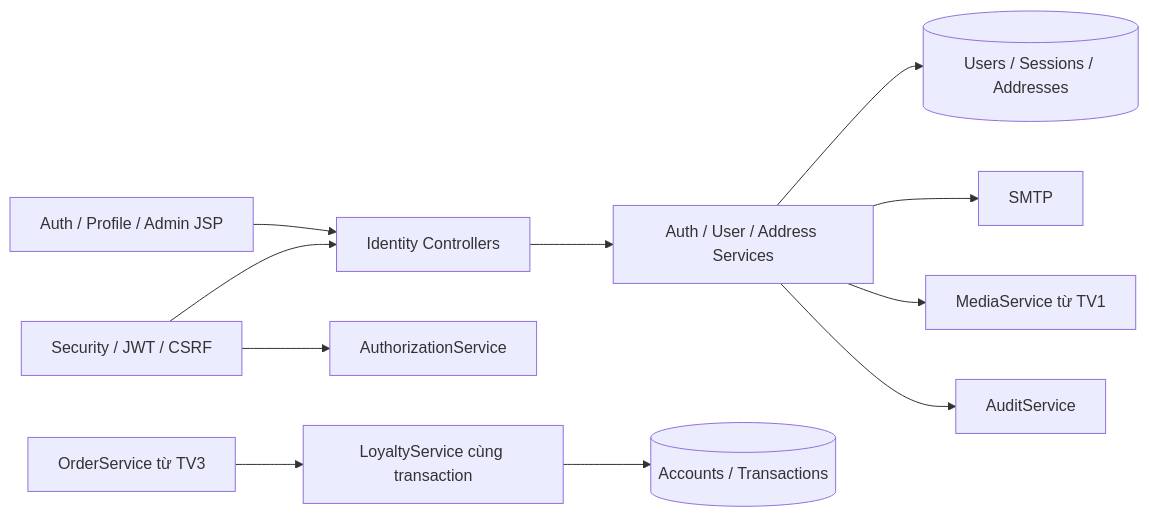
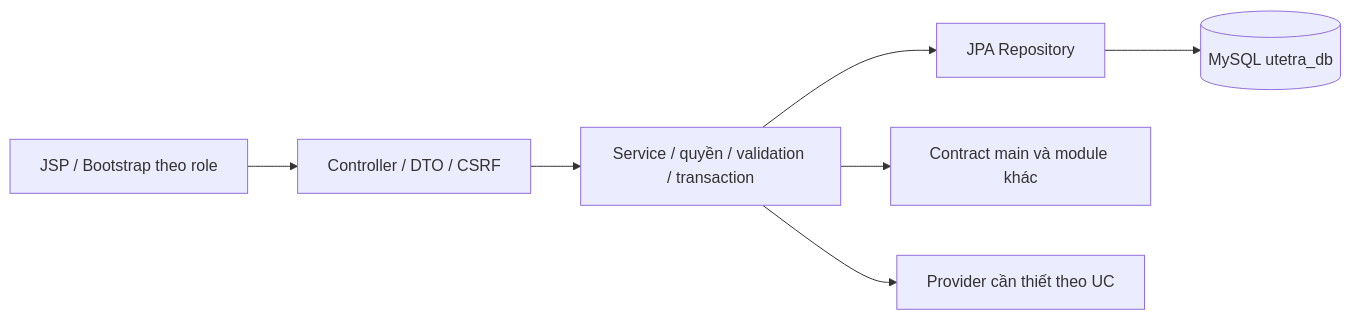
Before and after one commit to Phucsbinz/Project_Web: the diagram in docs/features/identity-membership/IMPLEMENTATION.md, drawn with Mermaid. The commit also changed other lines of this file and 151 other files, not shown here.

````diff
--- a/docs/features/identity-membership/IMPLEMENTATION.md
+++ b/docs/features/identity-membership/IMPLEMENTATION.md
@@ -57,13 +50,9 @@
 ```mermaid
 flowchart LR
-    JSP[Auth / Profile / Admin JSP] --> C[Identity Controllers]
-    C --> S[Auth / User / Address Services]
-    S --> DB[(Users / Sessions / Addresses)]
-    S --> Mail[SMTP]
-    S --> Media[MediaService từ TV1]
-    Sec[Security / JWT / CSRF] --> C
-    Sec --> Perm[AuthorizationService]
-    Order[OrderService từ TV3] --> Loyalty[LoyaltyService cùng transaction]
-    Loyalty --> Ledger[(Accounts / Transactions)]
-    S --> Audit[AuditService]
+    UI[JSP / Bootstrap theo role] --> C[Controller / DTO / CSRF]
+    C --> S[Service / quyền / validation / transaction]
+    S --> R[JPA Repository]
+    R --> DB[(MySQL utetra_db)]
+    S --> Common[Contract main và module khác]
+    S --> Provider[Provider cần thiết theo UC]
 ```
````
